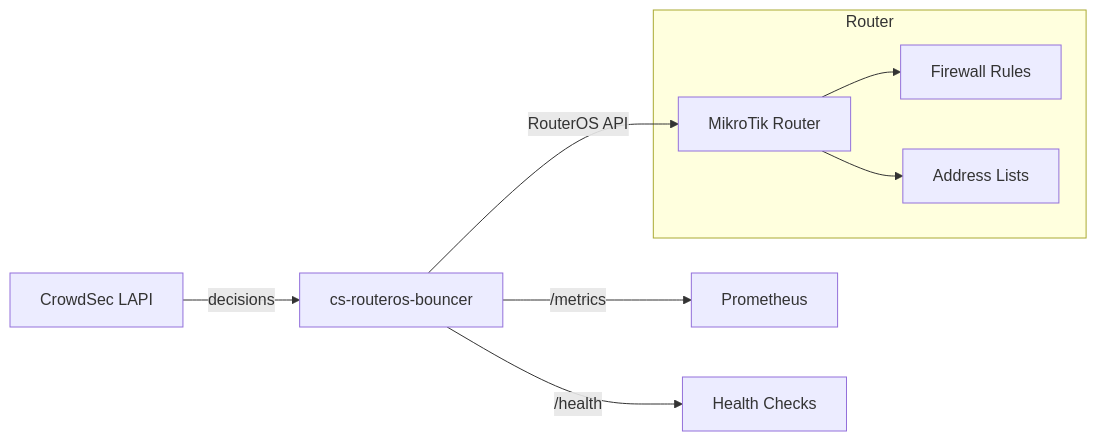
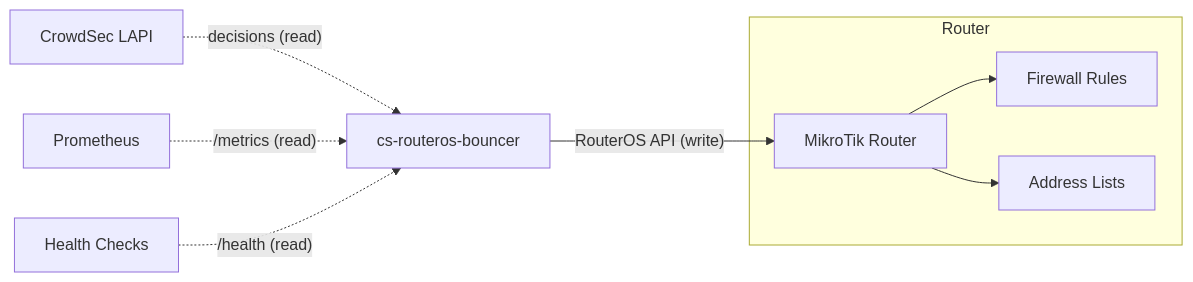
The first of 3 diagrams in docs/src/content/docs/architecture/index.mdx (jmrplens/cs-routeros-bouncer), drawn with Mermaid before and after one commit. The commit also changed other lines of this file and 33 other files, not shown here.

First line of the commit message:
feat(docs): retokenise the mark, add four diagrams, rebuild navigation

````diff
--- a/docs/src/content/docs/architecture/index.mdx
+++ b/docs/src/content/docs/architecture/index.mdx
@@ -13,14 +14,14 @@
 ```mermaid
 flowchart LR
     accTitle: cs-routeros-bouncer architecture overview
     accDescr: CrowdSec LAPI sends ban and unban decisions to cs-routeros-bouncer, which applies them to the MikroTik router through the RouterOS API, exposes Prometheus metrics, and serves health checks. The router applies the changes to its firewall rules and address lists.
-    CS[CrowdSec LAPI] -->|decisions| B[cs-routeros-bouncer]
-    B -->|RouterOS API| R[MikroTik Router]
-    B -->|/metrics| P[Prometheus]
-    B -->|/health| H[Health Checks]
+    CS[CrowdSec LAPI] -. "decisions (read)" .-> B[cs-routeros-bouncer]
+    B -->|"RouterOS API (write)"| R[MikroTik Router]
+    P[Prometheus] -. "/metrics (read)" .-> B
+    H[Health Checks] -. "/health (read)" .-> B
 
     subgraph Router
         R --> FW[Firewall Rules]
         R --> AL[Address Lists]
     end
 ```
````
